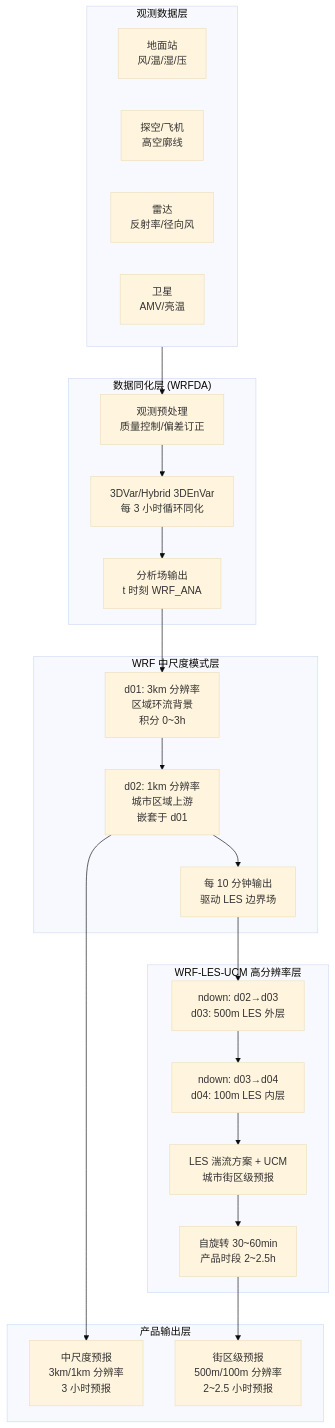
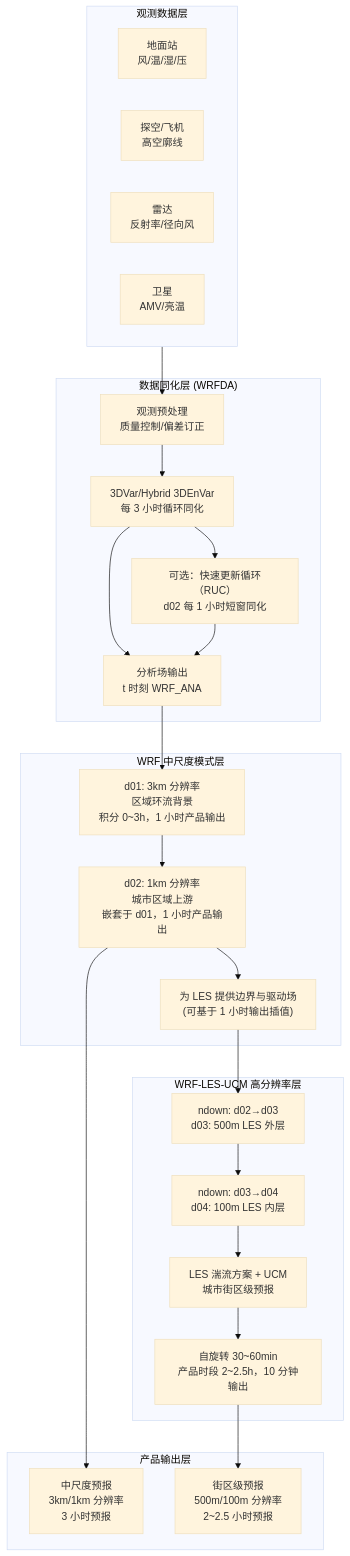
One commit to Geek-007/geek-007.github.io changed the fourth of 4 diagrams in test.md. Above: the diagram before and after it, drawn with Mermaid (base theme). The commit also changed other lines of this file, not shown here.

````diff
--- a/test.md
+++ b/test.md
@@ -101,46 +136,49 @@
 ```mermaid
 flowchart TB
     subgraph Obs["观测数据层"]
       O1["地面站<br/>风/温/湿/压"]
       O2["探空/飞机<br/>高空廓线"]
       O3["雷达<br/>反射率/径向风"]
       O4["卫星<br/>AMV/亮温"]
     end
     
     subgraph DA["数据同化层 (WRFDA)"]
       DA1["观测预处理<br/>质量控制/偏差订正"]
       DA2["3DVar/Hybrid 3DEnVar<br/>每 3 小时循环同化"]
+      DA2b["可选：快速更新循环（RUC）<br/>d02 每 1 小时短窗同化"]
       DA3["分析场输出<br/>t 时刻 WRF_ANA"]
     end
     
     subgraph WRF["WRF 中尺度模式层"]
-      W1["d01: 3km 分辨率<br/>区域环流背景<br/>积分 0~3h"]
-      W2["d02: 1km 分辨率<br/>城市区域上游<br/>嵌套于 d01"]
-      W3["每 10 分钟输出<br/>驱动 LES 边界场"]
+      W1["d01: 3km 分辨率<br/>区域环流背景<br/>积分 0~3h，1 小时产品输出"]
+      W2["d02: 1km 分辨率<br/>城市区域上游<br/>嵌套于 d01，1 小时产品输出"]
+      W3["为 LES 提供边界与驱动场<br/>(可基于 1 小时输出插值)"]
     end
     
     subgraph LES["WRF-LES-UCM 高分辨率层"]
       L1["ndown: d02→d03<br/>d03: 500m LES 外层"]
       L2["ndown: d03→d04<br/>d04: 100m LES 内层"]
       L3["LES 湍流方案 + UCM<br/>城市街区级预报"]
-      L4["自旋转 30~60min<br/>产品时段 2~2.5h"]
+      L4["自旋转 30~60min<br/>产品时段 2~2.5h，10 分钟输出"]
     end
     
     subgraph Output["产品输出层"]
       P1["中尺度预报<br/>3km/1km 分辨率<br/>3 小时预报"]
       P2["街区级预报<br/>500m/100m 分辨率<br/>2~2.5 小时预报"]
     end
     
     Obs --> DA1
     DA1 --> DA2
+    DA2 --> DA2b
     DA2 --> DA3
+    DA2b --> DA3
     DA3 --> W1
     W1 --> W2
     W2 --> W3
     W3 --> L1
     L1 --> L2
     L2 --> L3
     L3 --> L4
     W2 --> P1
     L4 --> P2
 ```
````
